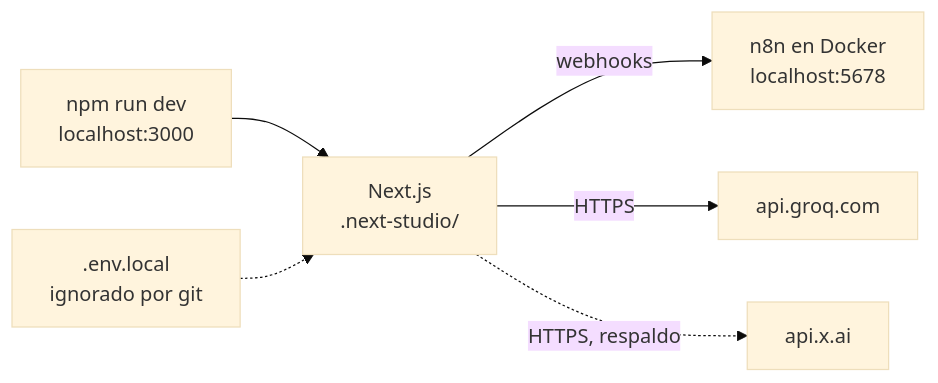
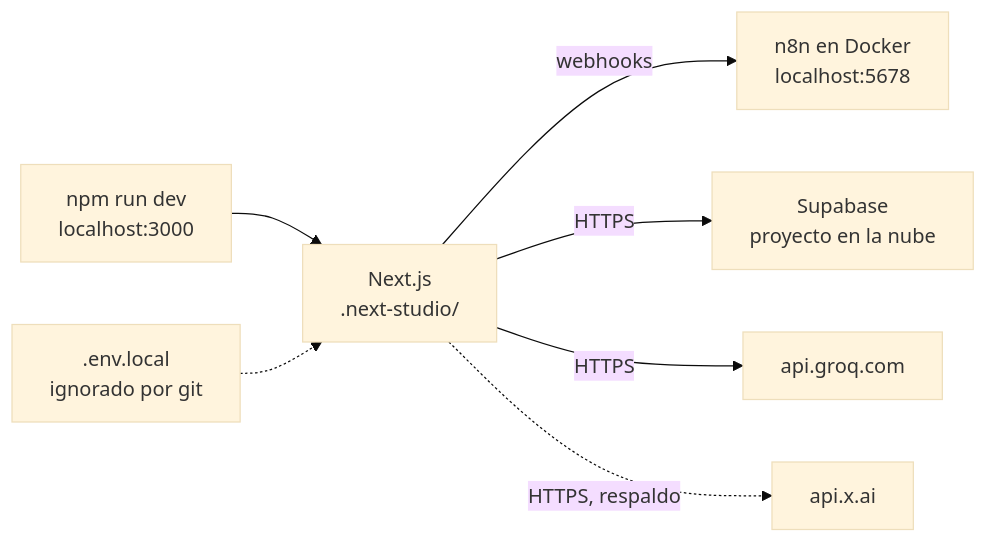
One commit to JeffersonVargasH/proj-automatizacion changed the third of 14 diagrams in README.md. Above: the diagram before and after it, drawn with Mermaid (base theme). The commit also changed other lines of this file and 177 other files, not shown here.

````diff
--- a/README.md
+++ b/README.md
@@ -274,8 +299,9 @@
 ```mermaid
 flowchart LR
   dev["npm run dev<br/>localhost:3000"] --> app["Next.js<br/>.next-studio/"]
   env[".env.local<br/>ignorado por git"] -.-> app
   app -->|"webhooks"| dock["n8n en Docker<br/>localhost:5678"]
+  app -->|"HTTPS"| sb["Supabase<br/>proyecto en la nube"]
   app -->|"HTTPS"| groq["api.groq.com"]
   app -.->|"HTTPS, respaldo"| xai["api.x.ai"]
 ```
````
